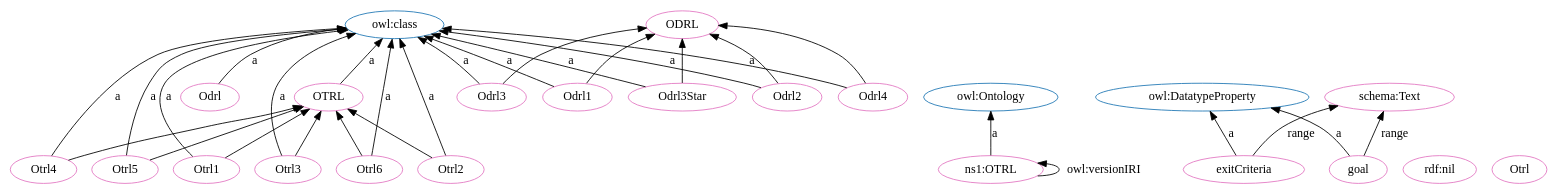
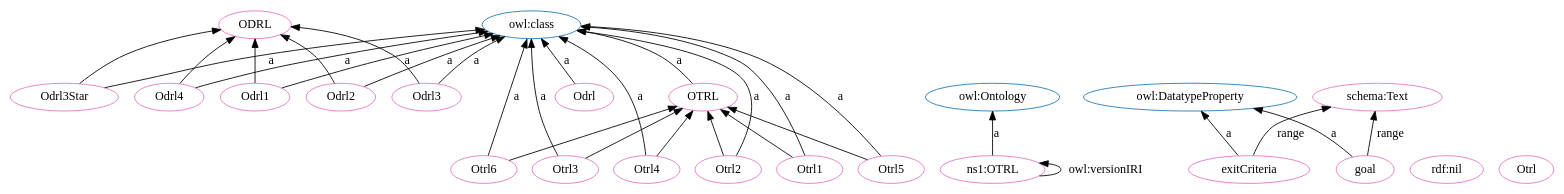
One commit to OPEN-NEXT/OKH-LOSH changed the diagram in OTRL.dot. Above: the diagram before and after it, drawn with Graphviz. The commit also changed other lines of this file and 17 other files, not shown here.

```diff
--- a/OTRL.dot
+++ b/OTRL.dot
@@ -1,59 +1,59 @@
 digraph G {
   rankdir=BT
   node[height=.3]
-"http://purl.org/oseg/ontologies/OTRL#OTRL" [fillcolor="#1f77b4" color="#1f77b4" label="OTRL"]
 "http://purl.org/oseg/ontologies/OTRL#ODRL" [fillcolor="#1f77b4" color="#1f77b4" label="ODRL"]
-"http://www.w3.org/2002/07/owl#class" [fillcolor="#1f77b4" color="#1f77b4" label="owl:class"]
 "http://www.w3.org/2002/07/owl#Ontology" [fillcolor="#1f77b4" color="#1f77b4" label="owl:Ontology"]
 "http://www.w3.org/2002/07/owl#DatatypeProperty" [fillcolor="#1f77b4" color="#1f77b4" label="owl:DatatypeProperty"]
+"http://www.w3.org/2002/07/owl#class" [fillcolor="#1f77b4" color="#1f77b4" label="owl:class"]
+"http://purl.org/oseg/ontologies/OTRL#OTRL" [fillcolor="#1f77b4" color="#1f77b4" label="OTRL"]
 "http://purl.org/oseg/ontologies/OTRL" [fillcolor="#e377c2" color="#e377c2" label="ns1:OTRL"]
+"http://purl.org/oseg/ontologies/OTRL#Odrl3Star" [fillcolor="#e377c2" color="#e377c2" label="Odrl3Star"]
+"http://purl.org/oseg/ontologies/OTRL#Otrl6" [fillcolor="#e377c2" color="#e377c2" label="Otrl6"]
 "http://purl.org/oseg/ontologies/OTRL#ODRL" [fillcolor="#e377c2" color="#e377c2" label="ODRL"]
-"http://purl.org/oseg/ontologies/OTRL#exitCriteria" [fillcolor="#e377c2" color="#e377c2" label="exitCriteria"]
-"http://purl.org/oseg/ontologies/OTRL#goal" [fillcolor="#e377c2" color="#e377c2" label="goal"]
+"http://purl.org/oseg/ontologies/OTRL#Odrl4" [fillcolor="#e377c2" color="#e377c2" label="Odrl4"]
+"http://schema.org/Text" [fillcolor="#e377c2" color="#e377c2" label="schema:Text"]
 "http://purl.org/oseg/ontologies/OTRL#OTRL" [fillcolor="#e377c2" color="#e377c2" label="OTRL"]
-"http://purl.org/oseg/ontologies/OTRL#Otrl4" [fillcolor="#e377c2" color="#e377c2" label="Otrl4"]
 "http://purl.org/oseg/ontologies/OTRL#Odrl" [fillcolor="#e377c2" color="#e377c2" label="Odrl"]
 "http://www.w3.org/1999/02/22-rdf-syntax-ns#nil" [fillcolor="#e377c2" color="#e377c2" label="rdf:nil"]
+"http://purl.org/oseg/ontologies/OTRL#Otrl" [fillcolor="#e377c2" color="#e377c2" label="Otrl"]
+"http://purl.org/oseg/ontologies/OTRL#Otrl3" [fillcolor="#e377c2" color="#e377c2" label="Otrl3"]
+"http://purl.org/oseg/ontologies/OTRL#Odrl1" [fillcolor="#e377c2" color="#e377c2" label="Odrl1"]
+"http://purl.org/oseg/ontologies/OTRL#Odrl2" [fillcolor="#e377c2" color="#e377c2" label="Odrl2"]
+"http://purl.org/oseg/ontologies/OTRL#Otrl4" [fillcolor="#e377c2" color="#e377c2" label="Otrl4"]
+"http://purl.org/oseg/ontologies/OTRL#Otrl2" [fillcolor="#e377c2" color="#e377c2" label="Otrl2"]
+"http://purl.org/oseg/ontologies/OTRL#exitCriteria" [fillcolor="#e377c2" color="#e377c2" label="exitCriteria"]
 "http://purl.org/oseg/ontologies/OTRL#Otrl1" [fillcolor="#e377c2" color="#e377c2" label="Otrl1"]
-"http://purl.org/oseg/ontologies/OTRL#Otrl3" [fillcolor="#e377c2" color="#e377c2" label="Otrl3"]
+"http://purl.org/oseg/ontologies/OTRL#goal" [fillcolor="#e377c2" color="#e377c2" label="goal"]
 "http://purl.org/oseg/ontologies/OTRL#Otrl5" [fillcolor="#e377c2" color="#e377c2" label="Otrl5"]
 "http://purl.org/oseg/ontologies/OTRL#Odrl3" [fillcolor="#e377c2" color="#e377c2" label="Odrl3"]
-"http://schema.org/Text" [fillcolor="#e377c2" color="#e377c2" label="schema:Text"]
-"http://purl.org/oseg/ontologies/OTRL#Odrl1" [fillcolor="#e377c2" color="#e377c2" label="Odrl1"]
-"http://purl.org/oseg/ontologies/OTRL#Odrl2" [fillcolor="#e377c2" color="#e377c2" label="Odrl2"]
-"http://purl.org/oseg/ontologies/OTRL#Otrl6" [fillcolor="#e377c2" color="#e377c2" label="Otrl6"]
-"http://purl.org/oseg/ontologies/OTRL#Odrl3Star" [fillcolor="#e377c2" color="#e377c2" label="Odrl3Star"]
-"http://purl.org/oseg/ontologies/OTRL#Odrl4" [fillcolor="#e377c2" color="#e377c2" label="Odrl4"]
-"http://purl.org/oseg/ontologies/OTRL#Otrl" [fillcolor="#e377c2" color="#e377c2" label="Otrl"]
-"http://purl.org/oseg/ontologies/OTRL#Otrl2" [fillcolor="#e377c2" color="#e377c2" label="Otrl2"]
+  "http://purl.org/oseg/ontologies/OTRL#Odrl3Star" -> "http://www.w3.org/2002/07/owl#class" [label="a"]
+  "http://purl.org/oseg/ontologies/OTRL" -> "http://purl.org/oseg/ontologies/OTRL" [label="owl:versionIRI"]
+  "http://purl.org/oseg/ontologies/OTRL#Otrl2" -> "http://purl.org/oseg/ontologies/OTRL#OTRL" [label=""]
   "http://purl.org/oseg/ontologies/OTRL#Otrl1" -> "http://purl.org/oseg/ontologies/OTRL#OTRL" [label=""]
   "http://purl.org/oseg/ontologies/OTRL#Otrl5" -> "http://purl.org/oseg/ontologies/OTRL#OTRL" [label=""]
-  "http://purl.org/oseg/ontologies/OTRL#Odrl3" -> "http://purl.org/oseg/ontologies/OTRL#ODRL" [label=""]
+  "http://purl.org/oseg/ontologies/OTRL#Otrl3" -> "http://www.w3.org/2002/07/owl#class" [label="a"]
+  "http://purl.org/oseg/ontologies/OTRL#exitCriteria" -> "http://www.w3.org/2002/07/owl#DatatypeProperty" [label="a"]
   "http://purl.org/oseg/ontologies/OTRL#Otrl1" -> "http://www.w3.org/2002/07/owl#class" [label="a"]
-  "http://purl.org/oseg/ontologies/OTRL#Otrl5" -> "http://www.w3.org/2002/07/owl#class" [label="a"]
+  "http://purl.org/oseg/ontologies/OTRL#goal" -> "http://www.w3.org/2002/07/owl#DatatypeProperty" [label="a"]
+  "http://purl.org/oseg/ontologies/OTRL#Odrl1" -> "http://purl.org/oseg/ontologies/OTRL#ODRL" [label=""]
+  "http://purl.org/oseg/ontologies/OTRL" -> "http://www.w3.org/2002/07/owl#Ontology" [label="a"]
+  "http://purl.org/oseg/ontologies/OTRL#Otrl6" -> "http://www.w3.org/2002/07/owl#class" [label="a"]
+  "http://purl.org/oseg/ontologies/OTRL#Odrl4" -> "http://purl.org/oseg/ontologies/OTRL#ODRL" [label=""]
+  "http://purl.org/oseg/ontologies/OTRL#Odrl4" -> "http://www.w3.org/2002/07/owl#class" [label="a"]
+  "http://purl.org/oseg/ontologies/OTRL#goal" -> "http://schema.org/Text" [label="range"]
+  "http://purl.org/oseg/ontologies/OTRL#OTRL" -> "http://www.w3.org/2002/07/owl#class" [label="a"]
+  "http://purl.org/oseg/ontologies/OTRL#exitCriteria" -> "http://schema.org/Text" [label="range"]
+  "http://purl.org/oseg/ontologies/OTRL#Odrl1" -> "http://www.w3.org/2002/07/owl#class" [label="a"]
+  "http://purl.org/oseg/ontologies/OTRL#Odrl" -> "http://www.w3.org/2002/07/owl#class" [label="a"]
   "http://purl.org/oseg/ontologies/OTRL#Odrl2" -> "http://purl.org/oseg/ontologies/OTRL#ODRL" [label=""]
-  "http://purl.org/oseg/ontologies/OTRL#Odrl1" -> "http://www.w3.org/2002/07/owl#class" [label="a"]
-  "http://purl.org/oseg/ontologies/OTRL" -> "http://www.w3.org/2002/07/owl#Ontology" [label="a"]
-  "http://purl.org/oseg/ontologies/OTRL#OTRL" -> "http://www.w3.org/2002/07/owl#class" [label="a"]
-  "http://purl.org/oseg/ontologies/OTRL#Odrl4" -> "http://www.w3.org/2002/07/owl#class" [label="a"]
+  "http://purl.org/oseg/ontologies/OTRL#Odrl2" -> "http://www.w3.org/2002/07/owl#class" [label="a"]
   "http://purl.org/oseg/ontologies/OTRL#Otrl4" -> "http://purl.org/oseg/ontologies/OTRL#OTRL" [label=""]
-  "http://purl.org/oseg/ontologies/OTRL#Otrl2" -> "http://purl.org/oseg/ontologies/OTRL#OTRL" [label=""]
-  "http://purl.org/oseg/ontologies/OTRL" -> "http://purl.org/oseg/ontologies/OTRL" [label="owl:versionIRI"]
-  "http://purl.org/oseg/ontologies/OTRL#Odrl3Star" -> "http://purl.org/oseg/ontologies/OTRL#ODRL" [label=""]
-  "http://purl.org/oseg/ontologies/OTRL#exitCriteria" -> "http://www.w3.org/2002/07/owl#DatatypeProperty" [label="a"]
-  "http://purl.org/oseg/ontologies/OTRL#goal" -> "http://www.w3.org/2002/07/owl#DatatypeProperty" [label="a"]
-  "http://purl.org/oseg/ontologies/OTRL#Otrl3" -> "http://purl.org/oseg/ontologies/OTRL#OTRL" [label=""]
   "http://purl.org/oseg/ontologies/OTRL#Otrl4" -> "http://www.w3.org/2002/07/owl#class" [label="a"]
   "http://purl.org/oseg/ontologies/OTRL#Otrl6" -> "http://purl.org/oseg/ontologies/OTRL#OTRL" [label=""]
-  "http://purl.org/oseg/ontologies/OTRL#Odrl" -> "http://www.w3.org/2002/07/owl#class" [label="a"]
-  "http://purl.org/oseg/ontologies/OTRL#Otrl3" -> "http://www.w3.org/2002/07/owl#class" [label="a"]
+  "http://purl.org/oseg/ontologies/OTRL#Odrl3Star" -> "http://purl.org/oseg/ontologies/OTRL#ODRL" [label=""]
+  "http://purl.org/oseg/ontologies/OTRL#Otrl2" -> "http://www.w3.org/2002/07/owl#class" [label="a"]
+  "http://purl.org/oseg/ontologies/OTRL#Otrl5" -> "http://www.w3.org/2002/07/owl#class" [label="a"]
+  "http://purl.org/oseg/ontologies/OTRL#Otrl3" -> "http://purl.org/oseg/ontologies/OTRL#OTRL" [label=""]
+  "http://purl.org/oseg/ontologies/OTRL#Odrl3" -> "http://purl.org/oseg/ontologies/OTRL#ODRL" [label=""]
   "http://purl.org/oseg/ontologies/OTRL#Odrl3" -> "http://www.w3.org/2002/07/owl#class" [label="a"]
-  "http://purl.org/oseg/ontologies/OTRL#exitCriteria" -> "http://schema.org/Text" [label="range"]
-  "http://purl.org/oseg/ontologies/OTRL#goal" -> "http://schema.org/Text" [label="range"]
-  "http://purl.org/oseg/ontologies/OTRL#Odrl4" -> "http://purl.org/oseg/ontologies/OTRL#ODRL" [label=""]
-  "http://purl.org/oseg/ontologies/OTRL#Odrl2" -> "http://www.w3.org/2002/07/owl#class" [label="a"]
-  "http://purl.org/oseg/ontologies/OTRL#Otrl6" -> "http://www.w3.org/2002/07/owl#class" [label="a"]
-  "http://purl.org/oseg/ontologies/OTRL#Odrl3Star" -> "http://www.w3.org/2002/07/owl#class" [label="a"]
-  "http://purl.org/oseg/ontologies/OTRL#Otrl2" -> "http://www.w3.org/2002/07/owl#class" [label="a"]
-  "http://purl.org/oseg/ontologies/OTRL#Odrl1" -> "http://purl.org/oseg/ontologies/OTRL#ODRL" [label=""]
 }
```
